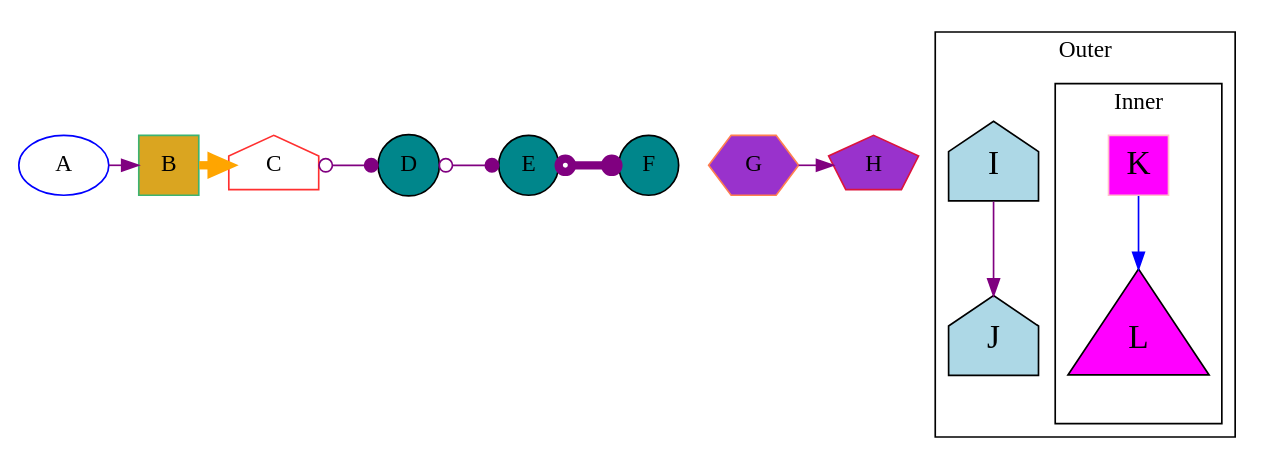
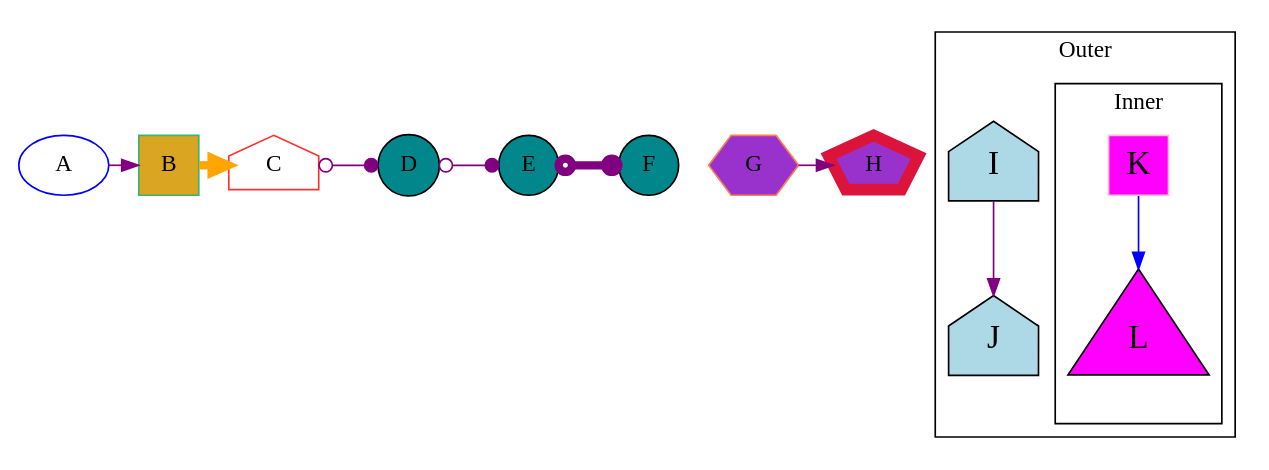
The diagram in data/55.gv (graphviz-perl/GraphViz2-Marpa), drawn with Graphviz before and after one commit. The commit also changed 2 other files, not shown here.

```diff
--- a/data/55.gv
+++ b/data/55.gv
@@ -1,46 +1,46 @@
 strict digraph graph_55
 {
 	A [color = blue]
 
 	node [shape = house]
 	edge [color = purple]
 
 	{
 		rank = same
 		C
 		node [fillcolor = goldenrod shape = circle style = filled]
 		A -> B
 		B [color = mediumseagreen]
 		C [color = firebrick1]
 		B -> C [color = orange penwidth = 5]
 		node [fillcolor = turquoise4]
 		C -> D -> E [arrowtail = odot arrowhead = dot dir = both minlen = 2]
 		E -> F [arrowtail = odot arrowhead = dot dir = both minlen = 2 penwidth = 5]
 		{
 			node [fillcolor = darkorchid shape = pentagon]
 			G [color = coral shape = hexagon]
-			H [color = crimson]
+			H [color = crimson penwidth = 7]
 			G -> H
 		}
 	}
 
 	B [shape = square]
 
 	node [fillcolor = lightblue fontsize = 20 style = filled]
 
 	subgraph cluster_outer
 	{
 		label = Outer
 		I -> J
 
 		subgraph cluster_inner
 		{
 			label = Inner
 			node [fillcolor = magenta shape = triangle]
 			edge [color = blue]
 			K [color = pink shape = square]
 			K -> L
 		}
 	}
 	graph [rankdir = TB]
 }
```
